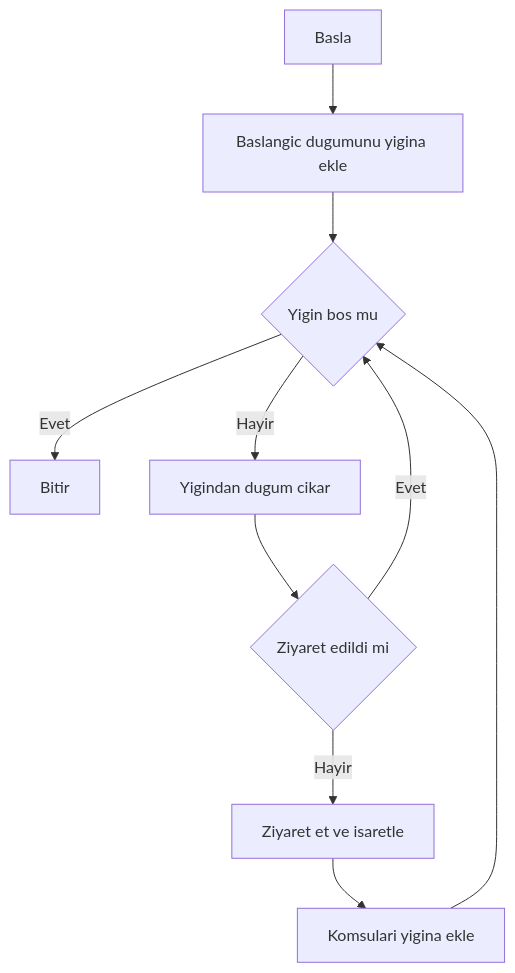
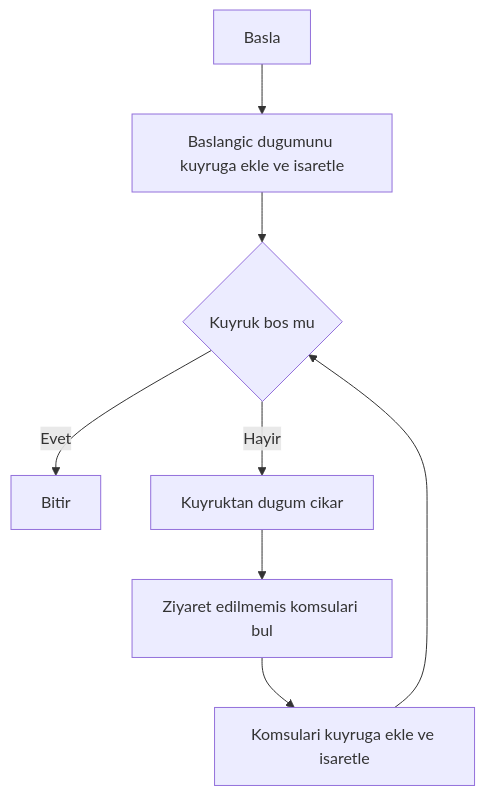
One commit to bicerr/YAZLAB2 changed the first of 5 diagrams in README.md. Above: the diagram before and after it, drawn with Mermaid. The commit also changed other lines of this file, not shown here.

````diff
--- a/README.md
+++ b/README.md
@@ -37,12 +38,10 @@
 ```mermaid
 flowchart TD
-   A[Basla] --> B[Baslangic dugumunu yigina ekle]
-    B --> C{Yigin bos mu}
+    A[Basla] --> B[Baslangic dugumunu kuyruga ekle ve isaretle]
+    B --> C{Kuyruk bos mu}
     C -->|Evet| D[Bitir]
-    C -->|Hayir| E[Yigindan dugum cikar]
-    E --> F{Ziyaret edildi mi}
-    F -->|Evet| C
-    F -->|Hayir| G[Ziyaret et ve isaretle]
-    G --> H[Komsulari yigina ekle]
-    H --> C
+    C -->|Hayir| E[Kuyruktan dugum cikar]
+    E --> F[Ziyaret edilmemis komsulari bul]
+    F --> G[Komsulari kuyruga ekle ve isaretle]
+    G --> C
 ```
````
